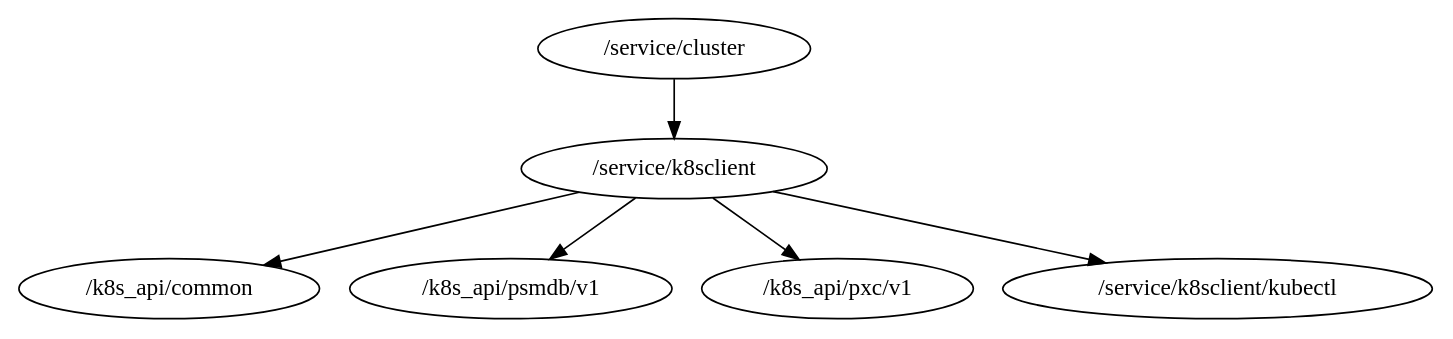
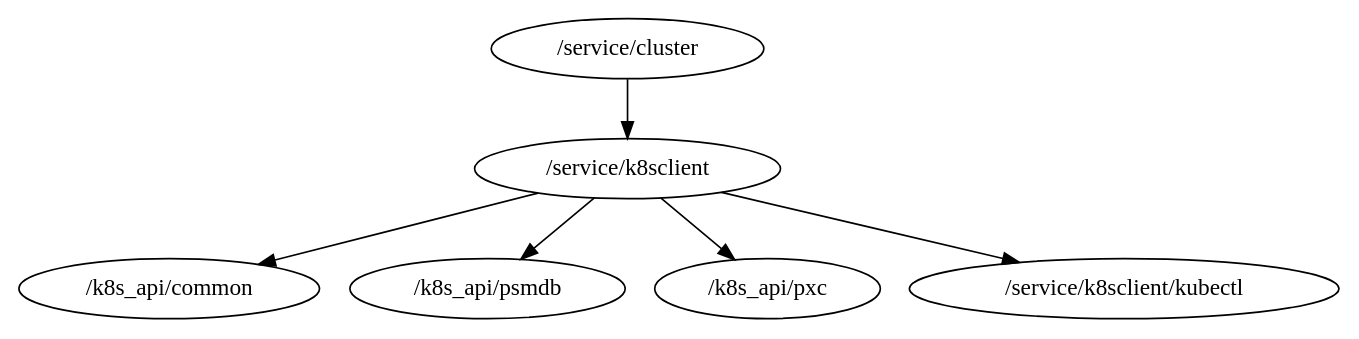
The diagram in packages.dot (percona/dbaas-controller), drawn with Graphviz before and after one commit. The commit also changed 9 other files, not shown here.

```diff
--- a/packages.dot
+++ b/packages.dot
@@ -1,7 +1,7 @@
 digraph packages {
 	"/service/cluster" -> "/service/k8sclient";
 	"/service/k8sclient" -> "/k8s_api/common";
-	"/service/k8sclient" -> "/k8s_api/psmdb/v1";
-	"/service/k8sclient" -> "/k8s_api/pxc/v1";
+	"/service/k8sclient" -> "/k8s_api/psmdb";
+	"/service/k8sclient" -> "/k8s_api/pxc";
 	"/service/k8sclient" -> "/service/k8sclient/kubectl";
 }
```
